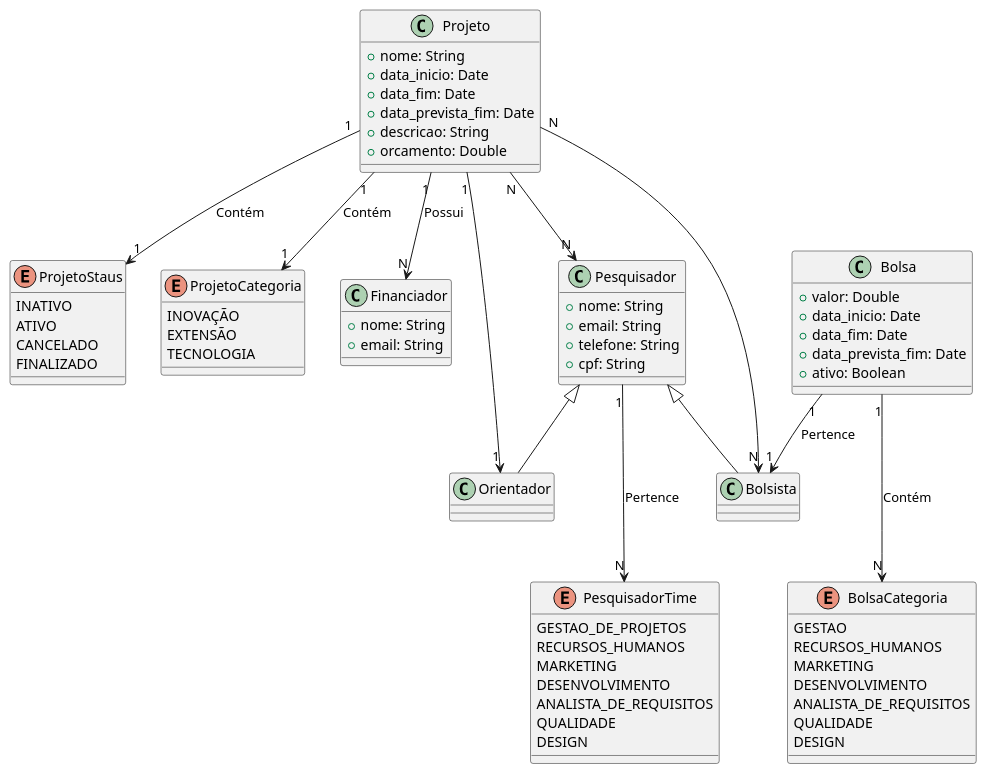
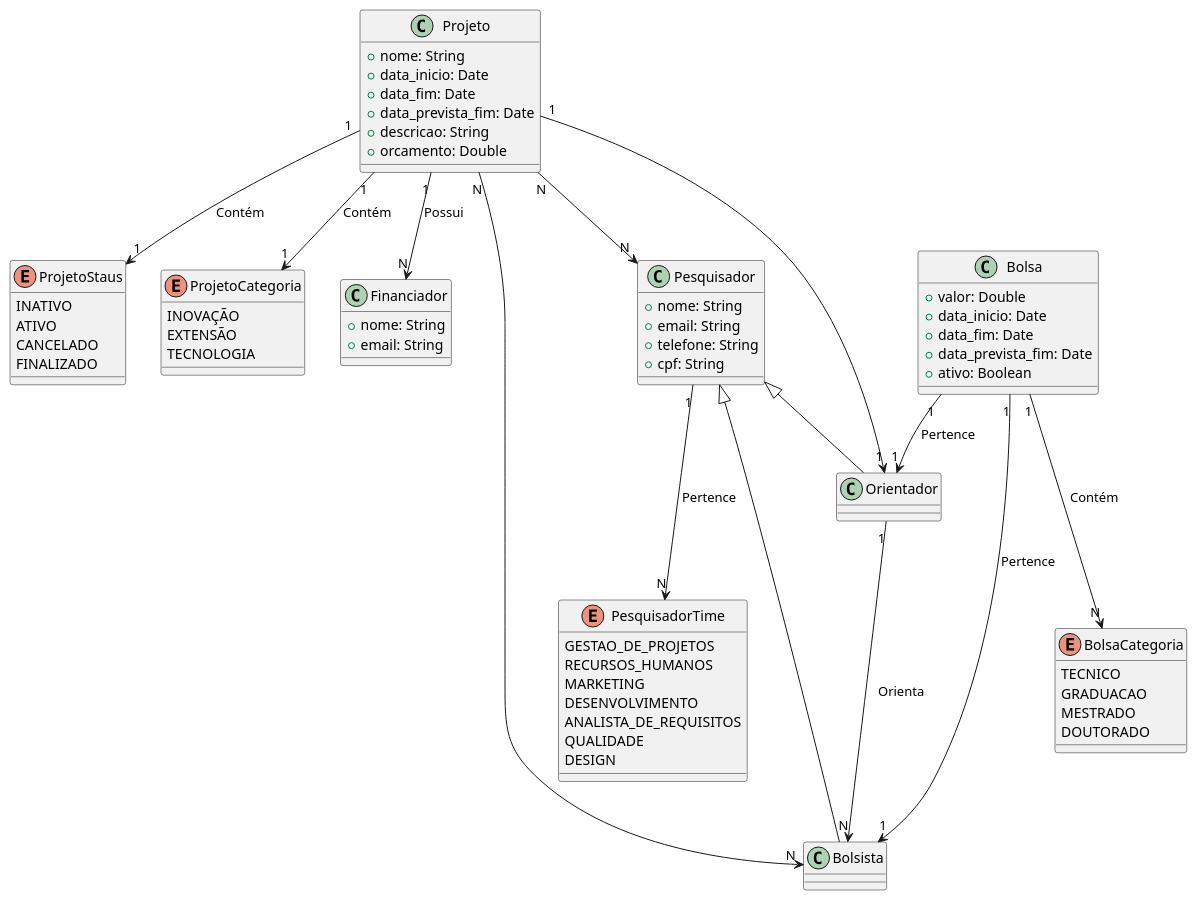
One commit to sofialctv/coLAB changed the diagram in diagramas/diagrama-classe.plantuml. Above: the diagram before and after it, drawn with PlantUML. The commit also changed 8 other files, not shown here.

Commit message:
docs: atualizando diagramas

```diff
--- a/diagramas/diagrama-classe.plantuml
+++ b/diagramas/diagrama-classe.plantuml
@@ -1,84 +1,84 @@
 @startuml coLAB
 class Projeto {
   +nome: String
   +data_inicio: Date
   +data_fim: Date  
   +data_prevista_fim: Date
   +descricao: String
   +orcamento: Double
 }
 
 enum ProjetoStaus {
   INATIVO
   ATIVO
   CANCELADO
   FINALIZADO
 }
 
 enum ProjetoCategoria {
     INOVAÇÃO
     EXTENSÃO
     TECNOLOGIA
 }
 
 class Financiador {
   +nome: String
   +email: String
 }
 
+class Orientador {
+}
+
+class Bolsista {
+}
+
 class Pesquisador {
   +nome: String
   +email: String
   +telefone: String
   +cpf: String
 }
 
 enum PesquisadorTime {
     GESTAO_DE_PROJETOS
     RECURSOS_HUMANOS
     MARKETING
     DESENVOLVIMENTO
     ANALISTA_DE_REQUISITOS
     QUALIDADE
     DESIGN
 }
 
-class Orientador {
-}
-
-class Bolsista {
-}
-
 class Bolsa {
   +valor: Double
   +data_inicio: Date
   +data_fim: Date  
   +data_prevista_fim: Date
   +ativo: Boolean
 }
 
 enum BolsaCategoria {
-    GESTAO
-    RECURSOS_HUMANOS
-    MARKETING
-    DESENVOLVIMENTO
-    ANALISTA_DE_REQUISITOS
-    QUALIDADE
-    DESIGN
+    TECNICO
+    GRADUACAO
+    MESTRADO
+    DOUTORADO
 }
 
 Projeto "1" --> "1" Orientador
 Projeto "N" --> "N" Pesquisador
 Projeto "N" --> "N" Bolsista
 Projeto "1" --> "N" Financiador: Possui
 Projeto "1" --> "1" ProjetoCategoria: Contém
 Projeto "1" --> "1" ProjetoStaus: Contém
 
 Bolsa "1" --> "1" Bolsista: Pertence
+Bolsa "1" --> "1" Orientador: Pertence
 Bolsa "1" ---> "N" BolsaCategoria: Contém
 
 Pesquisador "1" ---> "N" PesquisadorTime: Pertence
 Pesquisador <|-- Orientador
 Pesquisador <|-- Bolsista
 
+Orientador "1" ---> "N" Bolsista: Orienta
+
 @enduml
```
